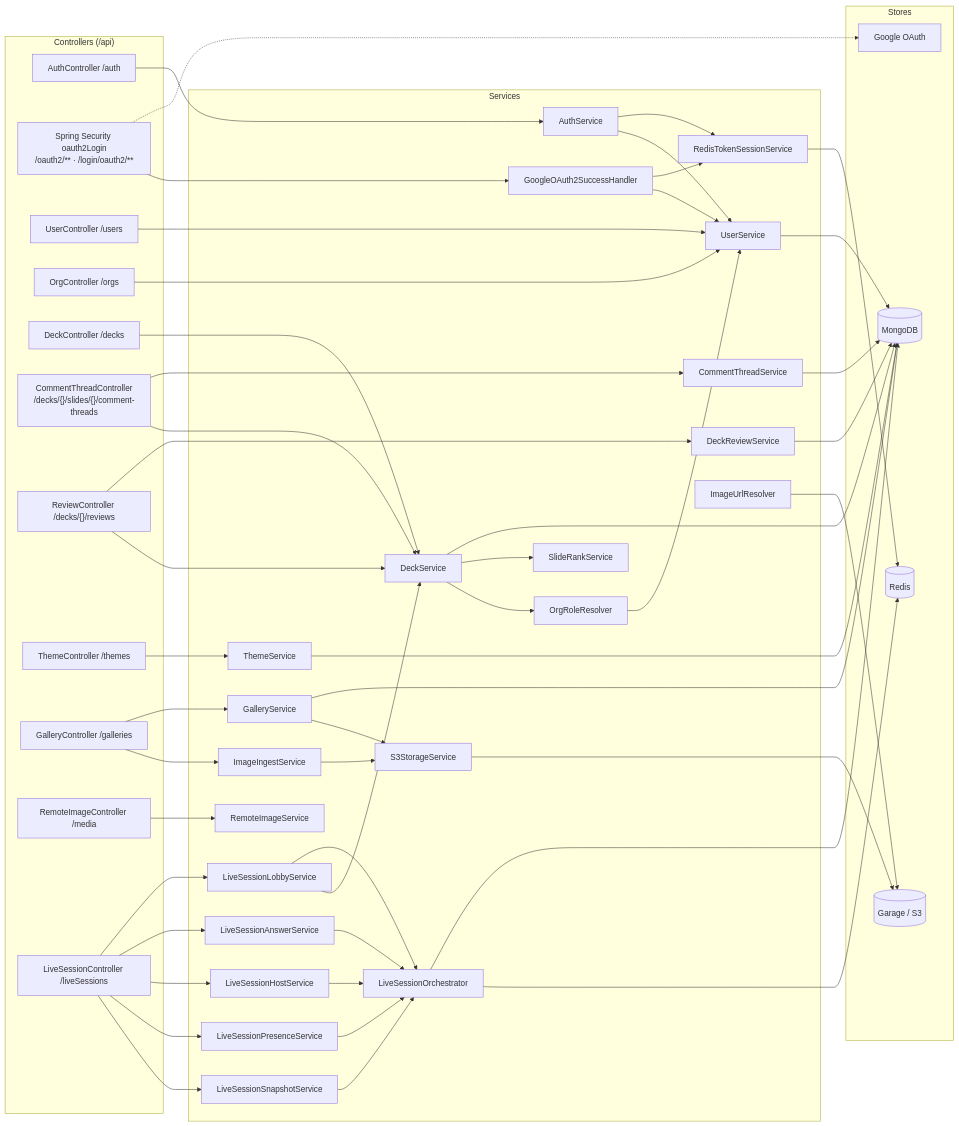
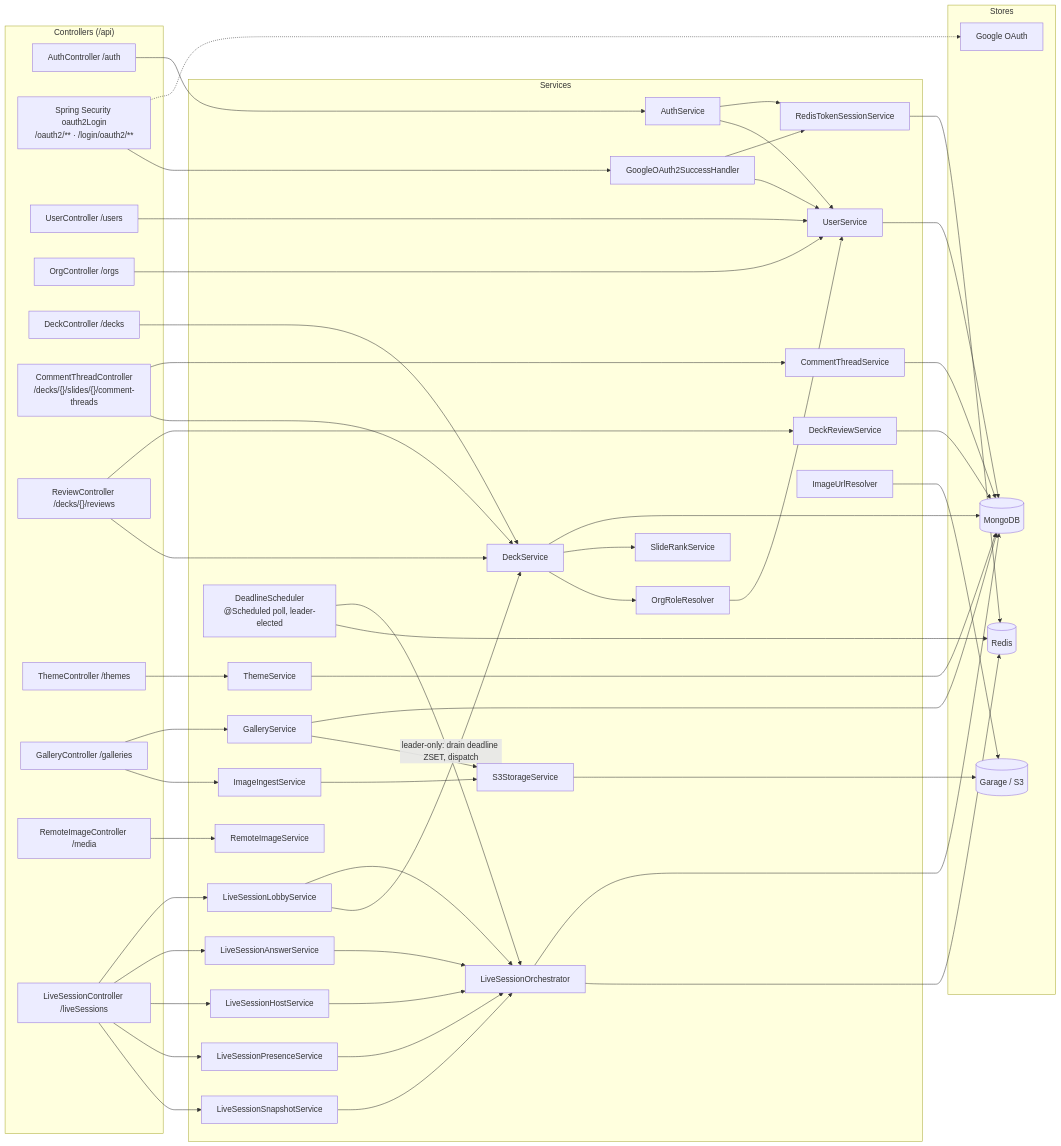
The first of 2 diagrams in z-docs/diagrams/backend-services.md (Saganaut/ambi), drawn with Mermaid before and after one commit. The commit also changed 49 other files, not shown here.

First line of the commit message:
feat(session): auto-close round timers via DeadlineScheduler

````diff
--- a/z-docs/diagrams/backend-services.md
+++ b/z-docs/diagrams/backend-services.md
@@ -13,79 +13,82 @@
 ```mermaid
 flowchart LR
     subgraph controllers["Controllers (/api)"]
         AUTH["AuthController /auth"]
         OAUTH2["Spring Security oauth2Login<br/>/oauth2/** · /login/oauth2/**"]
         USER["UserController /users"]
         ORG["OrgController /orgs"]
         DECK["DeckController /decks"]
         COMMENT["CommentThreadController<br/>/decks/{}/slides/{}/comment-threads"]
         REVIEW["ReviewController /decks/{}/reviews"]
         THEME["ThemeController /themes"]
         GAL["GalleryController /galleries"]
         RIMG["RemoteImageController /media"]
         LSC["LiveSessionController /liveSessions"]
     end
 
     subgraph services["Services"]
         AS["AuthService"]
         TS["RedisTokenSessionService"]
         GOSH["GoogleOAuth2SuccessHandler"]
         USVC["UserService"]
         ORR["OrgRoleResolver"]
         DS["DeckService"]
         SR["SlideRankService"]
         CS["CommentThreadService"]
         DRS["DeckReviewService"]
         THS["ThemeService"]
         GS["GalleryService"]
         IIS["ImageIngestService"]
         RIS["RemoteImageService"]
         LLS["LiveSessionLobbyService"]
         LAS["LiveSessionAnswerService"]
         LHS["LiveSessionHostService"]
         LPS["LiveSessionPresenceService"]
         LSS["LiveSessionSnapshotService"]
         ORCH["LiveSessionOrchestrator"]
+        SCHED["DeadlineScheduler<br/>@Scheduled poll, leader-elected"]
         S3["S3StorageService"]
         IUR["ImageUrlResolver"]
     end
 
     subgraph stores["Stores"]
         MONGO[("MongoDB")]
         REDIS[("Redis")]
         OBJ[("Garage / S3")]
         GOOG["Google OAuth"]
     end
 
     AUTH --> AS --> TS --> REDIS
     AS --> USVC
     OAUTH2 -.-> GOOG
     OAUTH2 --> GOSH --> TS
     GOSH --> USVC
     USER --> USVC --> MONGO
     ORG --> USVC
 
     DECK --> DS --> MONGO
     DS --> SR
     DS --> ORR --> USVC
     COMMENT --> CS --> MONGO
     COMMENT --> DS
     REVIEW --> DRS --> MONGO
     REVIEW --> DS
     THEME --> THS --> MONGO
 
     GAL --> GS --> MONGO
     GAL --> IIS --> S3 --> OBJ
     GS --> S3
     IUR --> OBJ
     RIMG --> RIS
 
     LSC --> LLS --> ORCH
     LSC --> LAS --> ORCH
     LSC --> LHS --> ORCH
     LSC --> LPS --> ORCH
     LSC --> LSS --> ORCH
     ORCH --> MONGO
     ORCH --> REDIS
     LLS --> DS
+    SCHED -->|leader-only: drain deadline ZSET, dispatch| ORCH
+    SCHED --> REDIS
 ```
````
